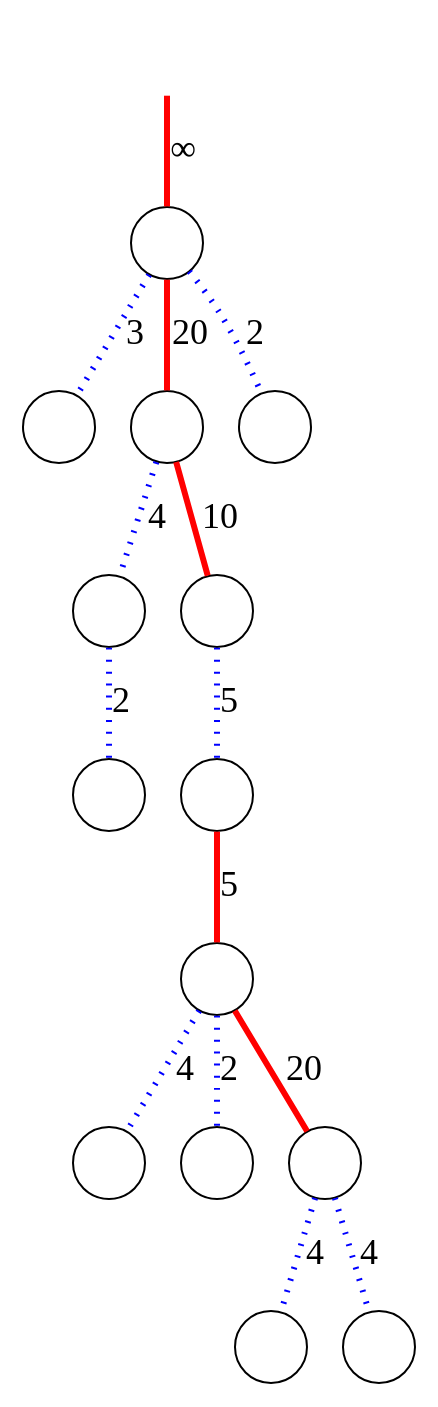
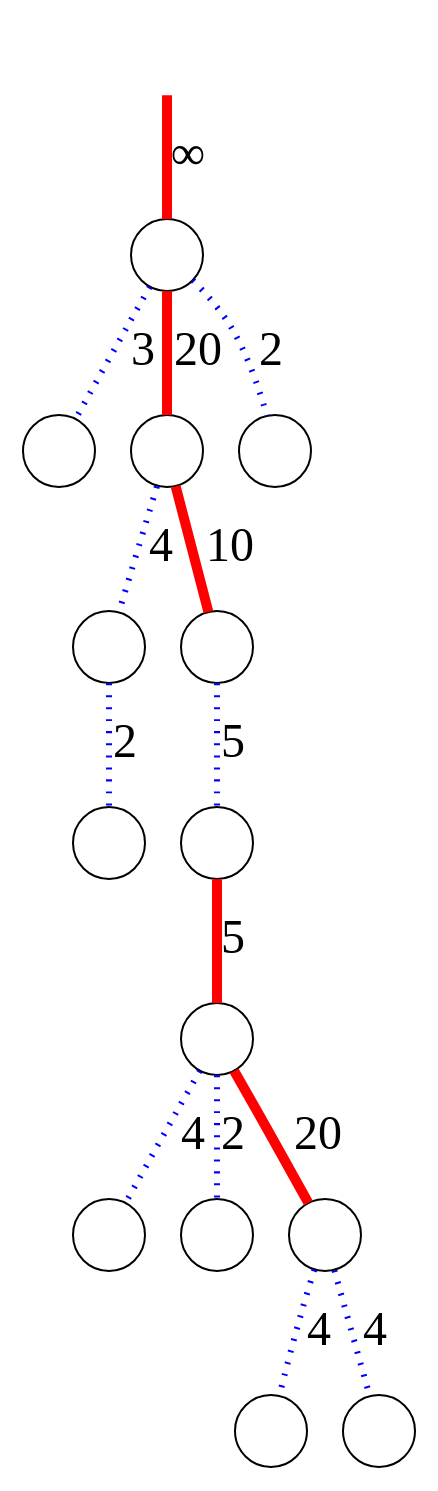
Before and after one commit to sgolodetz/waterfallpaper: the diagram in graphs/example-h.gv, drawn with Graphviz. The commit also changed 16 other files, not shown here.

Commit message:
Make the red edges in Figure 10 bolder.

```diff
--- a/graphs/example-h.gv
+++ b/graphs/example-h.gv
@@ -1,22 +1,22 @@
 digraph
 {
 	node [shape=circle, label=""];
-	edge [dir=both, arrowtail=none, arrowhead=none, penwidth=3, fontsize=18];
+	edge [dir=both, arrowtail=none, arrowhead=none, penwidth=3, fontsize=24];
 
-	r -> n00 [label="&infin;", color=red, style=bold];
+	r -> n00 [label="&infin;", color=red, penwidth=5];
 	n00 -> n10 [label=3, color=blue, style=dotted];
-	n00 -> n11 [label=20, color=red, style=bold];
+	n00 -> n11 [label=20, color=red, penwidth=5];
 	n00 -> n12 [label=2, color=blue, style=dotted];
 	n11 -> n20 [label=4, color=blue, style=dotted];
-	n11 -> n21 [label=10, color=red, style=bold];
+	n11 -> n21 [label=10, color=red, penwidth=5];
 	n20 -> n30 [label=2, color=blue, style=dotted];
 	n21 -> n31 [label=5, color=blue, style=dotted];
-	n31 -> n40 [label=5, color=red, style=bold];
+	n31 -> n40 [label=5, color=red, penwidth=5];
 	n40 -> n50 [label=4, color=blue, style=dotted];
 	n40 -> n51 [label=2, color=blue, style=dotted];
-	n40 -> n52 [label=20, color=red, style=bold];
+	n40 -> n52 [label=20, color=red, penwidth=5];
 	n52 -> n60 [label=4, color=blue, style=dotted];
 	n52 -> n61 [label=4, color=blue, style=dotted];
 
 	r [style=invisible];
 }
```
